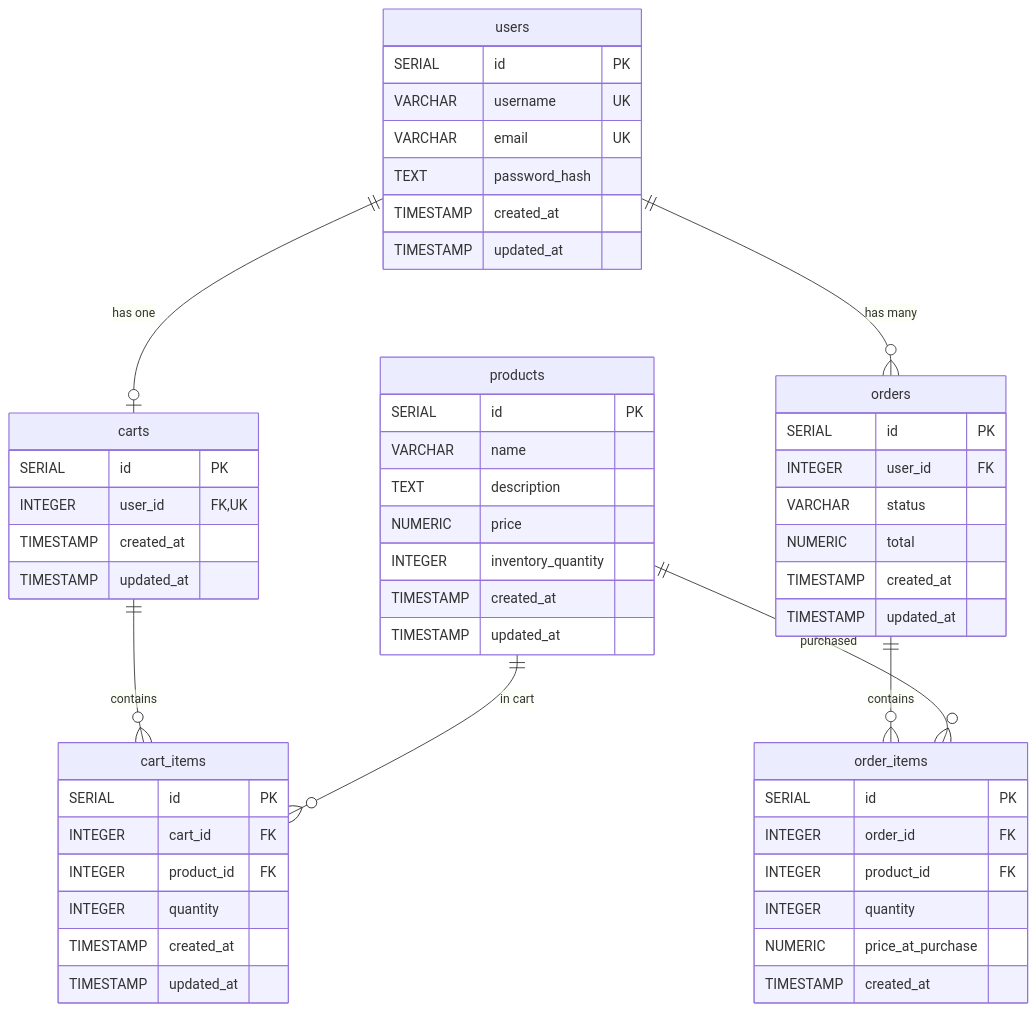
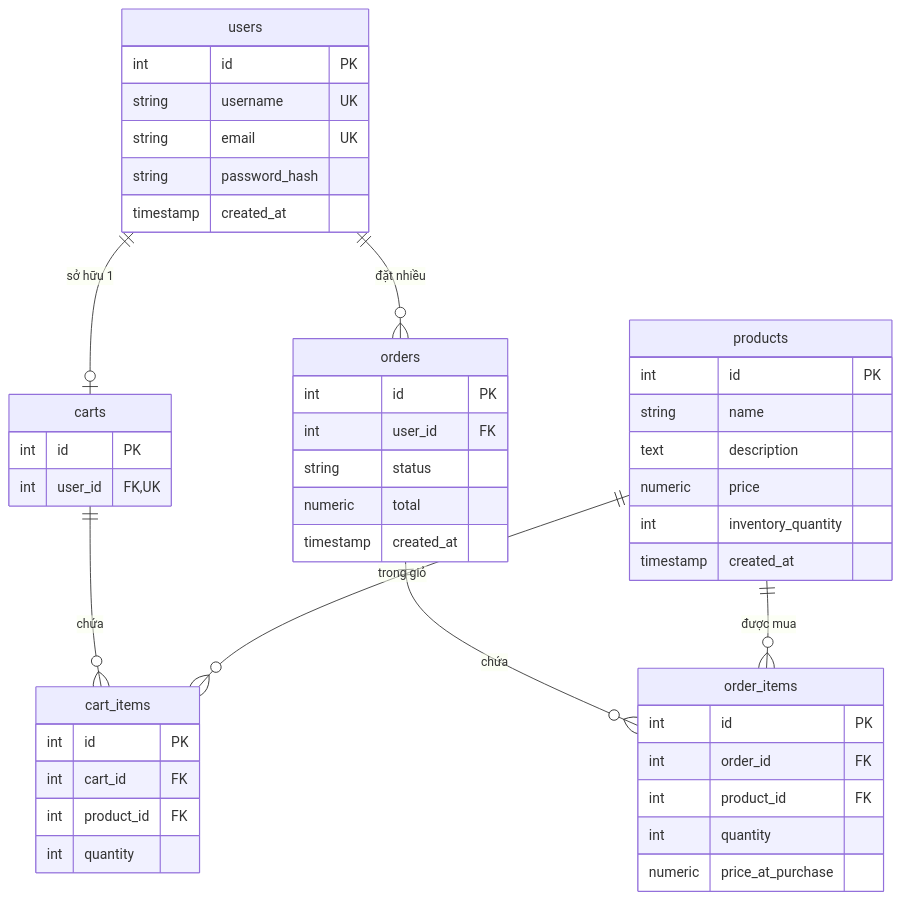
One commit to NTNguyen055/DevSecOps-Mobile-App changed the second of 2 diagrams in README.md. Above: the diagram before and after it, drawn with Mermaid. The commit also changed other lines of this file and 3 other files, not shown here.

````diff
--- a/README.md
+++ b/README.md
@@ -149,57 +119,49 @@
 ```mermaid
 erDiagram
+    users ||--o| carts : "sở hữu 1"
+    users ||--o{ orders : "đặt nhiều"
+    carts ||--o{ cart_items : "chứa"
+    products ||--o{ cart_items : "trong giỏ"
+    orders ||--o{ order_items : "chứa"
+    products ||--o{ order_items : "được mua"
+
     users {
-        SERIAL id PK
-        VARCHAR username UK
-        VARCHAR email UK
-        TEXT password_hash
-        TIMESTAMP created_at
-        TIMESTAMP updated_at
+        int id PK
+        string username UK
+        string email UK
+        string password_hash
+        timestamp created_at
     }
     products {
-        SERIAL id PK
-        VARCHAR name
-        TEXT description
-        NUMERIC price
-        INTEGER inventory_quantity
-        TIMESTAMP created_at
-        TIMESTAMP updated_at
+        int id PK
+        string name
+        text description
+        numeric price
+        int inventory_quantity
+        timestamp created_at
     }
     carts {
-        SERIAL id PK
-        INTEGER user_id FK,UK
-        TIMESTAMP created_at
-        TIMESTAMP updated_at
+        int id PK
+        int user_id FK,UK
     }
     cart_items {
-        SERIAL id PK
-        INTEGER cart_id FK
-        INTEGER product_id FK
-        INTEGER quantity
-        TIMESTAMP created_at
-        TIMESTAMP updated_at
+        int id PK
+        int cart_id FK
+        int product_id FK
+        int quantity
     }
     orders {
-        SERIAL id PK
-        INTEGER user_id FK
-        VARCHAR status
-        NUMERIC total
-        TIMESTAMP created_at
-        TIMESTAMP updated_at
+        int id PK
+        int user_id FK
+        string status
+        numeric total
+        timestamp created_at
     }
     order_items {
-        SERIAL id PK
-        INTEGER order_id FK
-        INTEGER product_id FK
-        INTEGER quantity
-        NUMERIC price_at_purchase
-        TIMESTAMP created_at
+        int id PK
+        int order_id FK
+        int product_id FK
+        int quantity
+        numeric price_at_purchase
     }
-    
-    users ||--o| carts : "has one"
-    users ||--o{ orders : "has many"
-    carts ||--o{ cart_items : "contains"
-    products ||--o{ cart_items : "in cart"
-    orders ||--o{ order_items : "contains"
-    products ||--o{ order_items : "purchased"
 ```
````
